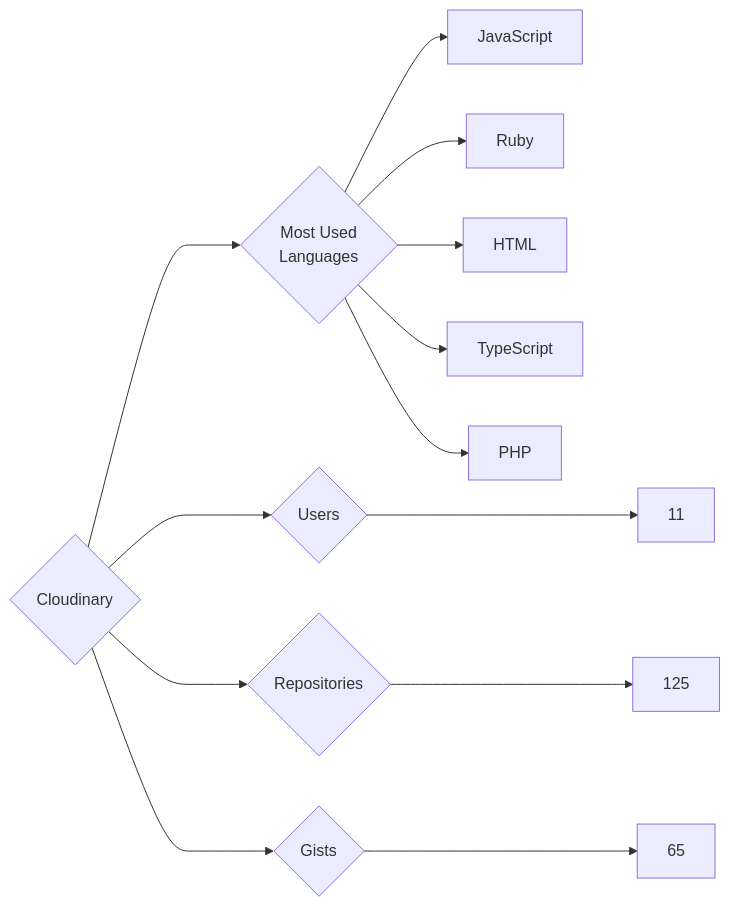
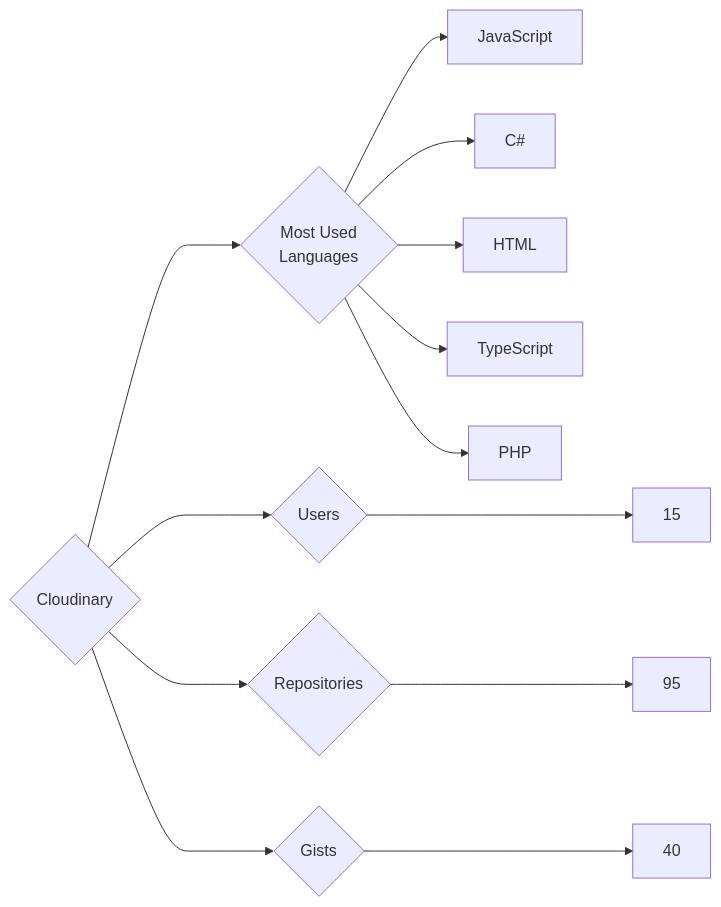
One commit to trickest/insiders changed the diagram in targets/Cloudinary/README.md. Above: the diagram before and after it, drawn with Mermaid. The commit also changed 874 other files, not shown here.

````diff
--- a/targets/Cloudinary/README.md
+++ b/targets/Cloudinary/README.md
@@ -3,13 +3,13 @@
 ```mermaid
 graph LR
 COMPANY_NAME{Cloudinary}
-COMPANY_NAME ---> U{Users} ---> UN[11]
-COMPANY_NAME ---> R{Repositories} ---> RN[125]
-COMPANY_NAME ---> G{Gists} ---> GN[65]
+COMPANY_NAME ---> U{Users} ---> UN[15]
+COMPANY_NAME ---> R{Repositories} ---> RN[95]
+COMPANY_NAME ---> G{Gists} ---> GN[40]
 COMPANY_NAME ---> ML{Most Used<br>Languages}
 ML --> JavaScript[JavaScript]
-ML --> Ruby[Ruby]
+ML --> C#[C#]
 ML --> HTML[HTML]
 ML --> TypeScript[TypeScript]
 ML --> PHP[PHP]
 ```
````
